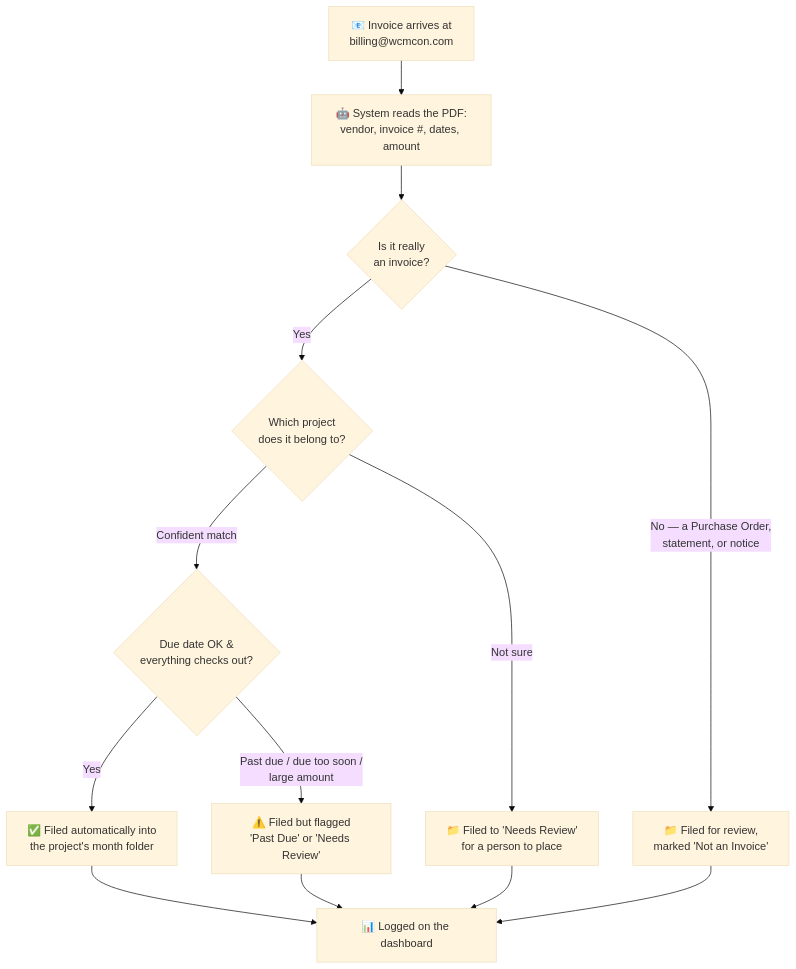
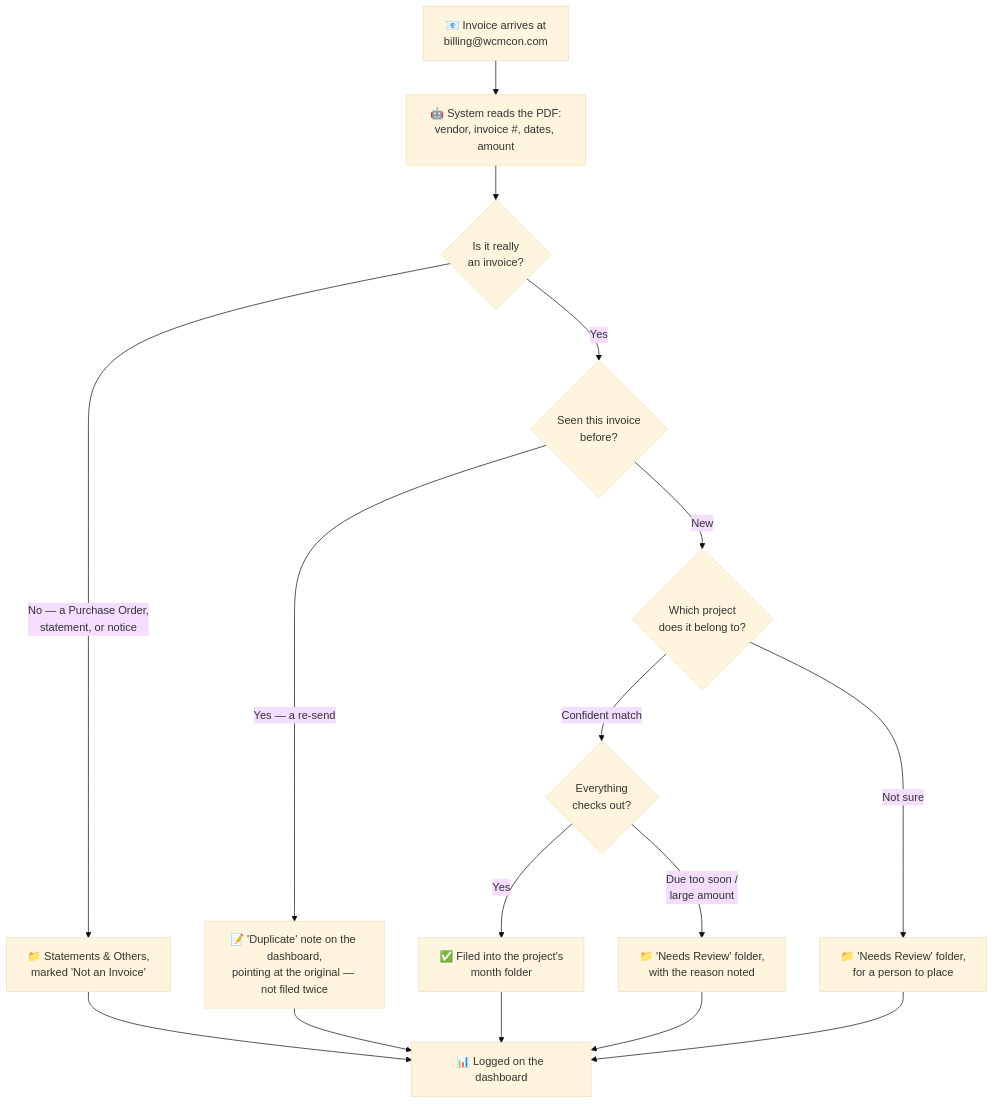
Before and after one commit to CyberSamada/WCM-Invoice-Automation-: the diagram in README.md, drawn with Mermaid (base theme). The commit also changed other lines of this file and 1 other file, not shown here.

First line of the commit message:
Update README + Employee Guide to match the current version (#47)

````diff
--- a/README.md
+++ b/README.md
@@ -21,15 +81,18 @@
 ```mermaid
 flowchart TD
     A["📧 Invoice arrives at<br/>billing@wcmcon.com"] --> B["🤖 System reads the PDF:<br/>vendor, invoice #, dates, amount"]
     B --> C{"Is it really<br/>an invoice?"}
-    C -->|"No — a Purchase Order,<br/>statement, or notice"| D["📁 Filed for review,<br/>marked 'Not an Invoice'"]
-    C -->|"Yes"| E{"Which project<br/>does it belong to?"}
-    E -->|"Confident match"| F{"Due date OK &<br/>everything checks out?"}
-    E -->|"Not sure"| G["📁 Filed to 'Needs Review'<br/>for a person to place"]
-    F -->|"Yes"| H["✅ Filed automatically into<br/>the project's month folder"]
-    F -->|"Past due / due too soon /<br/>large amount"| I["⚠️ Filed but flagged<br/>'Past Due' or 'Needs Review'"]
+    C -->|"No — a Purchase Order,<br/>statement, or notice"| D["📁 Statements & Others,<br/>marked 'Not an Invoice'"]
+    C -->|"Yes"| K{"Seen this invoice<br/>before?"}
+    K -->|"Yes — a re-send"| L["📝 'Duplicate' note on the dashboard,<br/>pointing at the original — not filed twice"]
+    K -->|"New"| E{"Which project<br/>does it belong to?"}
+    E -->|"Confident match"| F{"Everything<br/>checks out?"}
+    E -->|"Not sure"| G["📁 'Needs Review' folder,<br/>for a person to place"]
+    F -->|"Yes"| H["✅ Filed into the project's<br/>month folder"]
+    F -->|"Due too soon /<br/>large amount"| I["📁 'Needs Review' folder,<br/>with the reason noted"]
     H --> J["📊 Logged on the dashboard"]
     I --> J
     G --> J
     D --> J
+    L --> J
 ```
````
